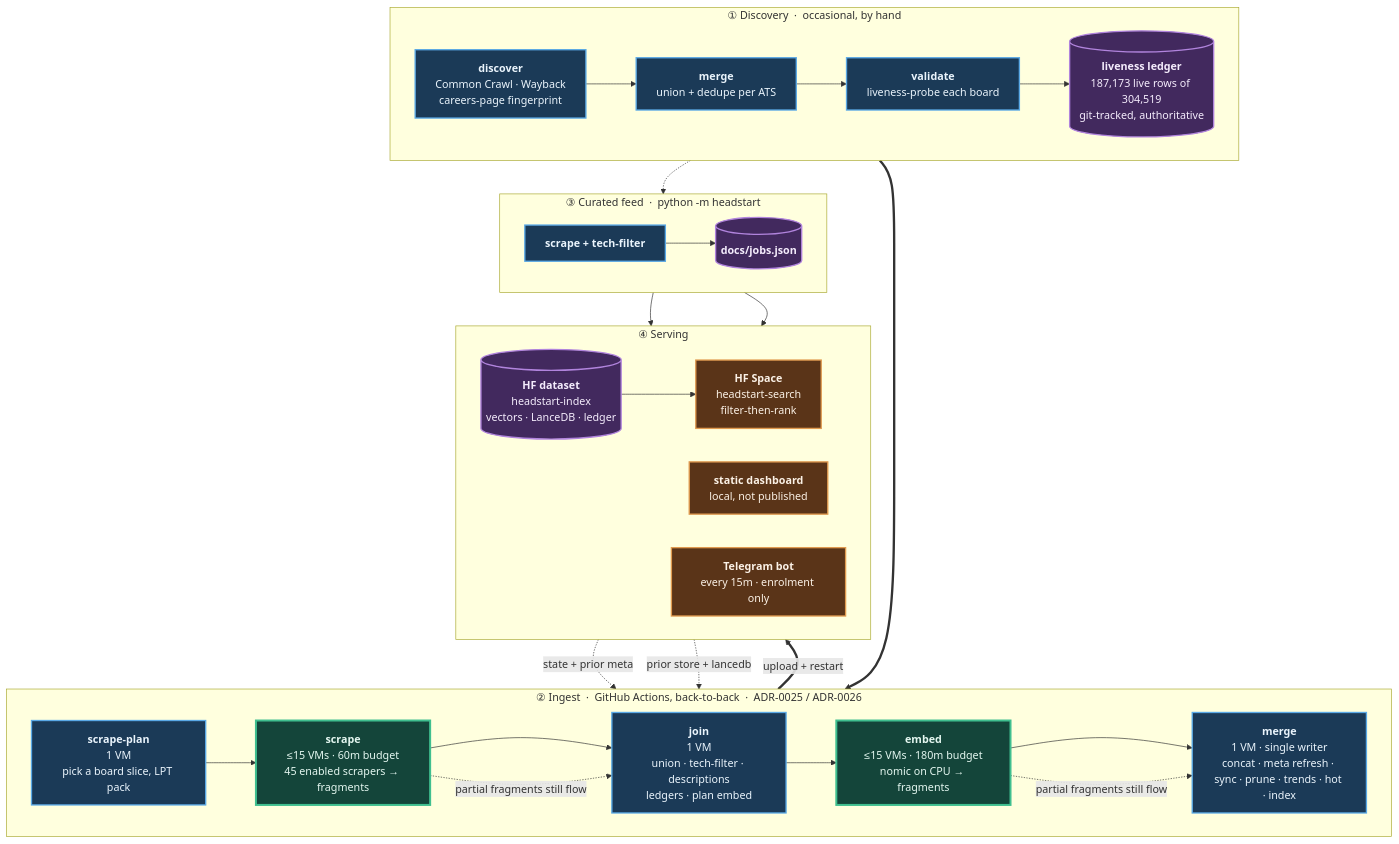
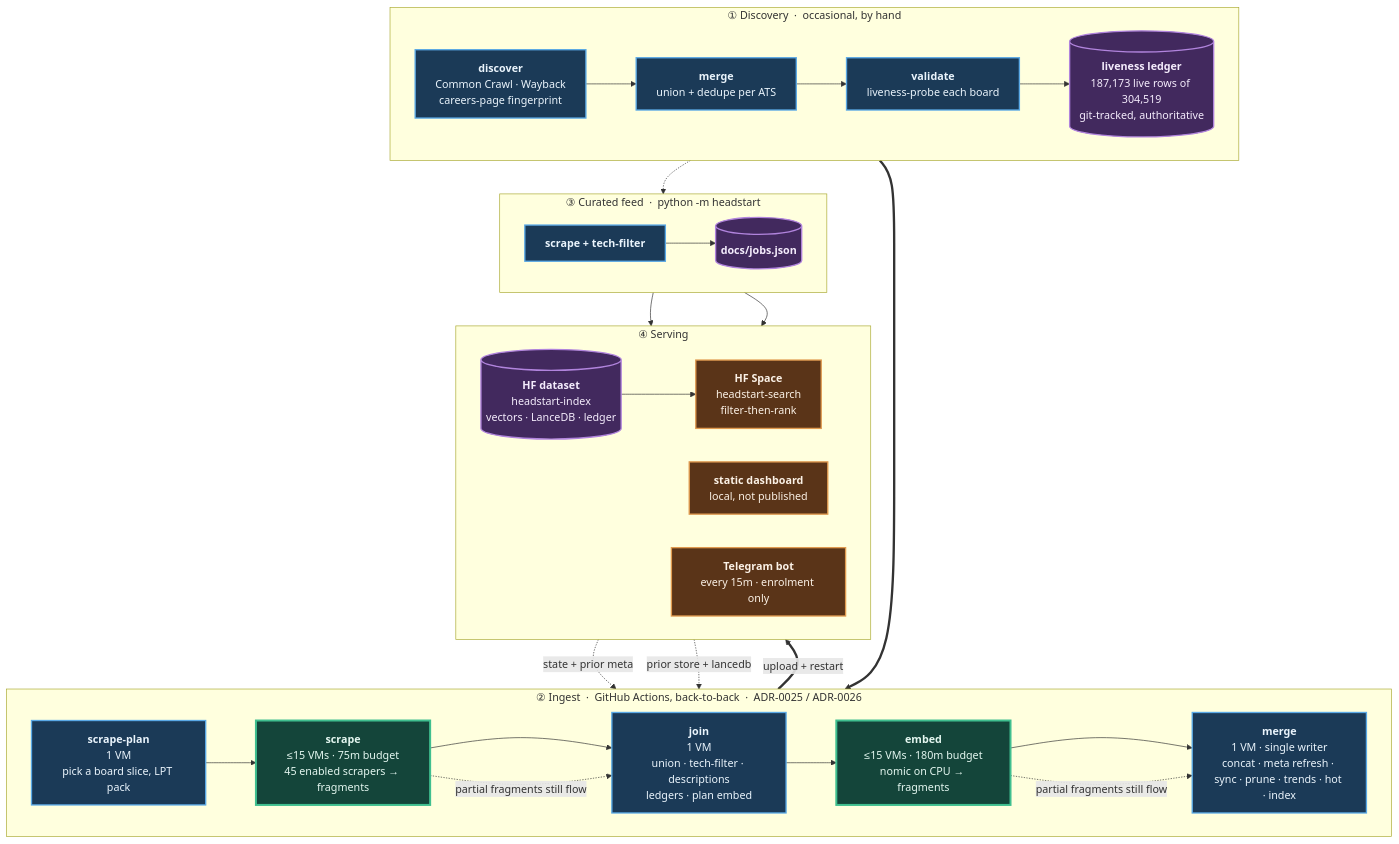
One commit to sarthakjain004/headstart changed the diagram in README.md. Above: the diagram before and after it, drawn with Mermaid. The commit also changed 19 other files, not shown here.

````diff
--- a/README.md
+++ b/README.md
@@ -180,56 +180,56 @@
 ```mermaid
 flowchart TB
     subgraph D["① Discovery &nbsp;·&nbsp; occasional, by hand"]
         direction LR
         D1["<b>discover</b><br/>Common Crawl · Wayback<br/>careers-page fingerprint"]
         D2["<b>merge</b><br/>union + dedupe per ATS"]
         D3["<b>validate</b><br/>liveness-probe each board"]
         D4[("<b>liveness ledger</b><br/>187,173 live rows of 304,519<br/>git-tracked, authoritative")]
         D1 --> D2 --> D3 --> D4
     end
 
     subgraph P["② Ingest &nbsp;·&nbsp; GitHub Actions, back-to-back &nbsp;·&nbsp; ADR-0025 / ADR-0026"]
         direction LR
         P1["<b>scrape-plan</b><br/>1 VM<br/>pick a board slice, LPT pack"]
-        P2["<b>scrape</b><br/>≤15 VMs · 60m budget<br/>45 enabled scrapers → fragments"]
+        P2["<b>scrape</b><br/>≤15 VMs · 75m budget<br/>45 enabled scrapers → fragments"]
         P3["<b>join</b><br/>1 VM<br/>union · tech-filter · descriptions<br/>ledgers · plan embed"]
         P4["<b>embed</b><br/>≤15 VMs · 180m budget<br/>nomic on CPU → fragments"]
         P5["<b>merge</b><br/>1 VM · single writer<br/>concat · meta refresh · sync · prune · trends · hot · index"]
         P1 --> P2 --> P3 --> P4 --> P5
     end
 
     subgraph F["③ Curated feed &nbsp;·&nbsp; python -m headstart"]
         direction LR
         F1["<b>scrape + tech-filter</b>"]
         F2[("<b>docs/jobs.json</b>")]
         F1 --> F2
     end
 
     subgraph S["④ Serving"]
         direction LR
         S1[("<b>HF dataset</b><br/>headstart-index<br/>vectors · LanceDB · ledger")]
         S2["<b>HF Space</b><br/>headstart-search<br/>filter-then-rank"]
         S3["<b>static dashboard</b><br/>local, not published"]
         S4["<b>Telegram bot</b><br/>every 15m · enrolment only"]
         S1 --> S2
     end
 
     D4 ==> P1
     S1 -. "state + prior meta" .-> P1
     S1 -. "prior store + lancedb" .-> P5
     D4 -.-> F1
     P5 ==>|"upload + restart"| S1
     F2 --> S3
     F2 --> S4
     P2 -. "partial fragments still flow" .-> P3
     P4 -. "partial fragments still flow" .-> P5
 
     classDef serial fill:#1b3a57,stroke:#5aa9e6,stroke-width:2px,color:#eaf4fc
     classDef fan fill:#14453a,stroke:#3fbf8f,stroke-width:3px,color:#e4f7f0
     classDef store fill:#42295e,stroke:#b184dd,stroke-width:2px,color:#f4ecfc
     classDef serve fill:#5a3418,stroke:#e09a4f,stroke-width:2px,color:#fbf1e6
     class D1,D2,D3,P1,P3,P5,F1 serial
     class P2,P4 fan
     class D4,F2,S1 store
     class S2,S3,S4 serve
 ```
````
